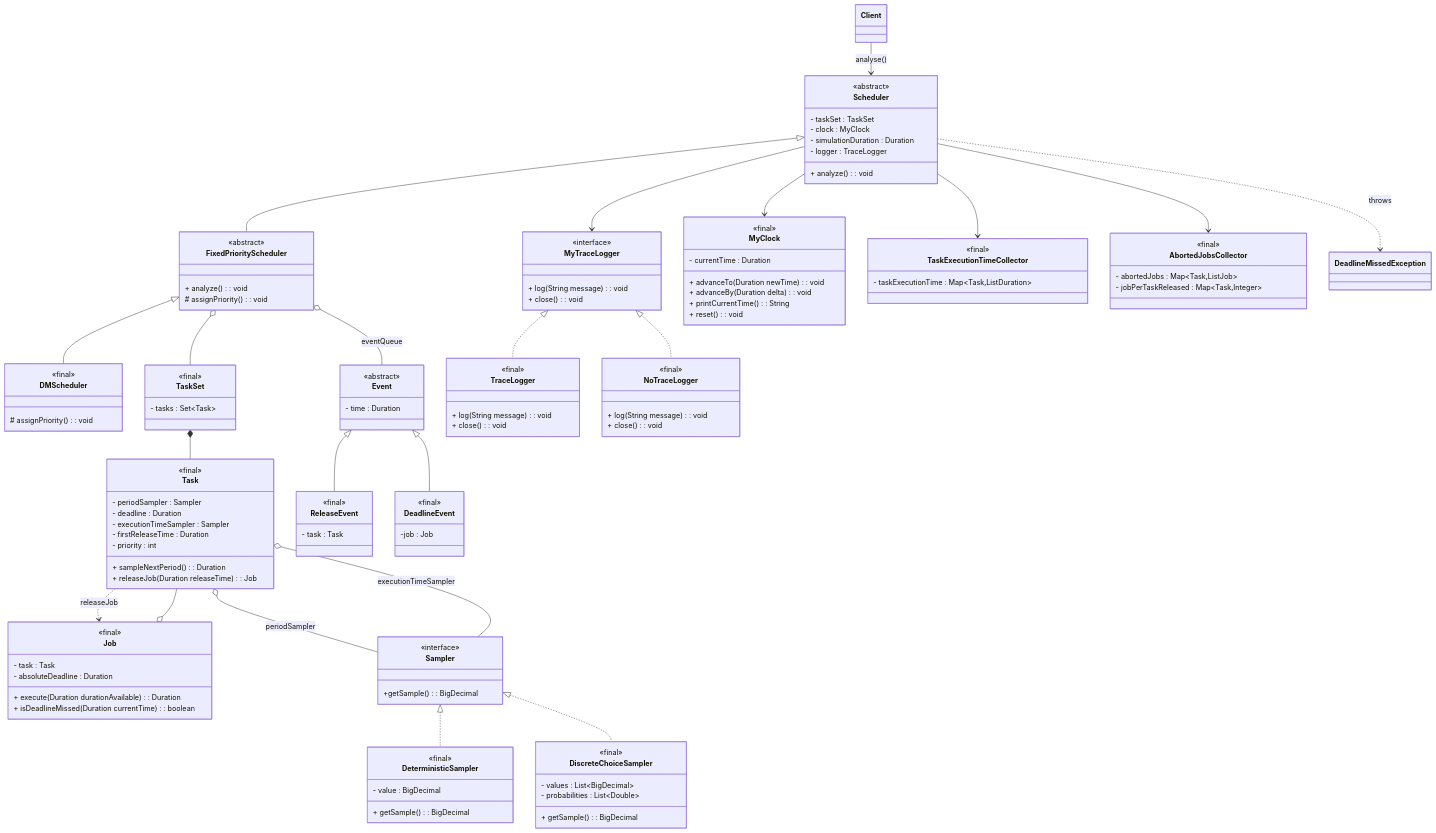
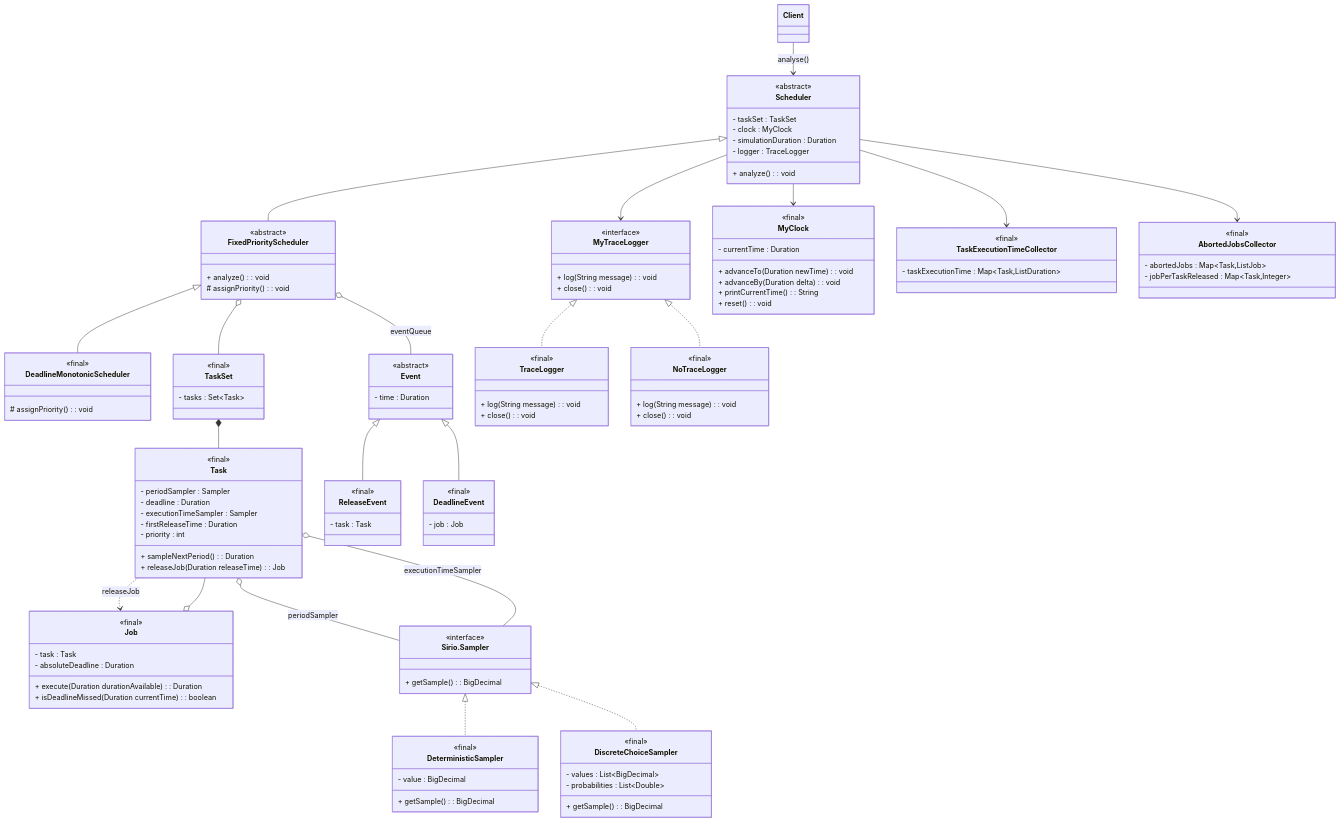
One commit to edoardosarri24/probabilistic-soft-real-time-analysis changed the diagram in report/images/1-simulator/class_diagram.mmd. Above: the diagram before and after it, drawn with Mermaid. The commit also changed 9 other files, not shown here.

```diff
--- a/report/images/1-simulator/class_diagram.mmd
+++ b/report/images/1-simulator/class_diagram.mmd
@@ -1,150 +1,149 @@
 classDiagram
 
     %% Scheduler
     class Scheduler {
         <<abstract>>
         - taskSet : TaskSet
         - clock : MyClock
         - simulationDuration : Duration
         - logger : TraceLogger
         + analyze() : void
     }
 
     class FixedPriorityScheduler {
         <<abstract>>
         + analyze() : void
         # assignPriority() : void
     }
 
-    class DMScheduler {
+    class DeadlineMonotonicScheduler {
         <<final>>
         # assignPriority() : void
     }
 
     %% TaskSet
     class TaskSet {
         <<final>>
         - tasks : Set~Task~
     }
 
     class Task {
         <<final>>
         - periodSampler : Sampler
         - deadline : Duration
         - executionTimeSampler : Sampler
         - firstReleaseTime : Duration
         - priority : int
         + sampleNextPeriod() : Duration
         + releaseJob(Duration releaseTime) : Job
     }
 
     class Job {
         <<final>>
         - task : Task
         - absoluteDeadline : Duration
         + execute(Duration durationAvailable) : Duration
         + isDeadlineMissed(Duration currentTime) : boolean
     }
 
     %% Event
     class Event {
         <<abstract>>
         - time : Duration
     }
 
     class ReleaseEvent {
         <<final>>
         - task : Task
     }
 
     class DeadlineEvent {
         <<final>>
-        -job : Job
+        - job : Job
     }
 
     %% Logger
     class MyTraceLogger {
         <<interface>>
         + log(String message) : void
         + close() : void
     }
 
     class TraceLogger {
         <<final>>
         + log(String message) : void
         + close() : void
     }
 
     class NoTraceLogger {
         <<final>>
         + log(String message) : void
         + close() : void
     }
 
     %% Sampler
-    class Sampler {
+    class Sirio.Sampler {
         <<interface>>
-        +getSample() : BigDecimal
+        + getSample() : BigDecimal
     }
 
     class DeterministicSampler {
         <<final>>
         - value : BigDecimal
         + getSample() : BigDecimal
     }
 
     class DiscreteChoiceSampler {
         <<final>>
         - values : List~BigDecimal~
         - probabilities : List~Double~
         + getSample() : BigDecimal
     }
 
     %% Utils
     class MyClock {
         <<final>>
         - currentTime : Duration
         + advanceTo(Duration newTime) : void
         + advanceBy(Duration delta) : void
         + printCurrentTime() : String
         + reset() : void
     }
 
     class TaskExecutionTimeCollector{
         <<final>>
         - taskExecutionTime : Map~Task,ListDuration~
     }
 
     class AbortedJobsCollector{
         <<final>>
         - abortedJobs : Map~Task,ListJob~
         - jobPerTaskReleased : Map~Task,Integer~
     }
 
     %% Relationships
     Client --> Scheduler : analyse()
     %% Scheduler
     Scheduler <|-- FixedPriorityScheduler
-    FixedPriorityScheduler <|-- DMScheduler
+    FixedPriorityScheduler <|-- DeadlineMonotonicScheduler
     Scheduler --> MyClock
     Scheduler --> MyTraceLogger
     Scheduler --> TaskExecutionTimeCollector
     Scheduler --> AbortedJobsCollector
     FixedPriorityScheduler o-- TaskSet
     FixedPriorityScheduler o-- Event : eventQueue
-    Scheduler ..> DeadlineMissedException : throws
     %% TaskSet
     TaskSet *-- Task
     Job o-- Task
-    Task o-- Sampler : periodSampler
-    Task o-- Sampler : executionTimeSampler
+    Task o-- Sirio.Sampler : periodSampler
+    Task o-- Sirio.Sampler : executionTimeSampler
     Task ..> Job : releaseJob
     %% Event
     Event <|-- ReleaseEvent
     Event <|-- DeadlineEvent
     %% Logger
     MyTraceLogger <|.. TraceLogger
     MyTraceLogger <|.. NoTraceLogger
     %% Sampler
-    Sampler <|.. DeterministicSampler
-    Sampler <|.. DiscreteChoiceSampler
+    Sirio.Sampler <|.. DeterministicSampler
+    Sirio.Sampler <|.. DiscreteChoiceSampler
```
